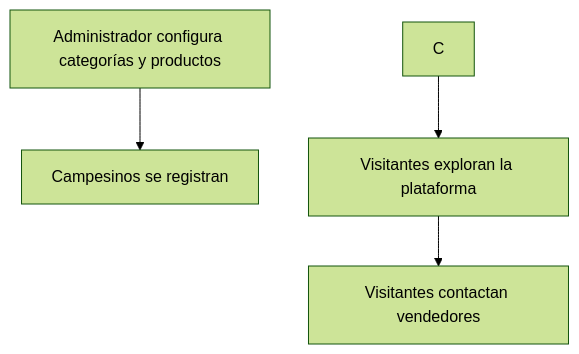
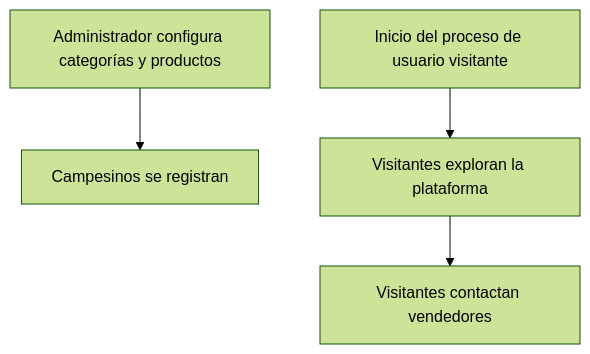
One commit to JeffersonD9/Aplicativo-Web---Mercadillo-Campesino changed the diagram in README.md. Above: the diagram before and after it, drawn with Mermaid (forest theme).

````diff
--- a/README.md
+++ b/README.md
@@ -43,6 +43,7 @@
 ```mermaid
 graph TD
     A[Administrador configura categorías y productos] --> B[Campesinos se registran]
-    C --> D[Visitantes exploran la plataforma]
+    C[Inicio del proceso de usuario visitante] --> D[Visitantes exploran la plataforma]
     D --> E[Visitantes contactan vendedores]
+
 ```
````
